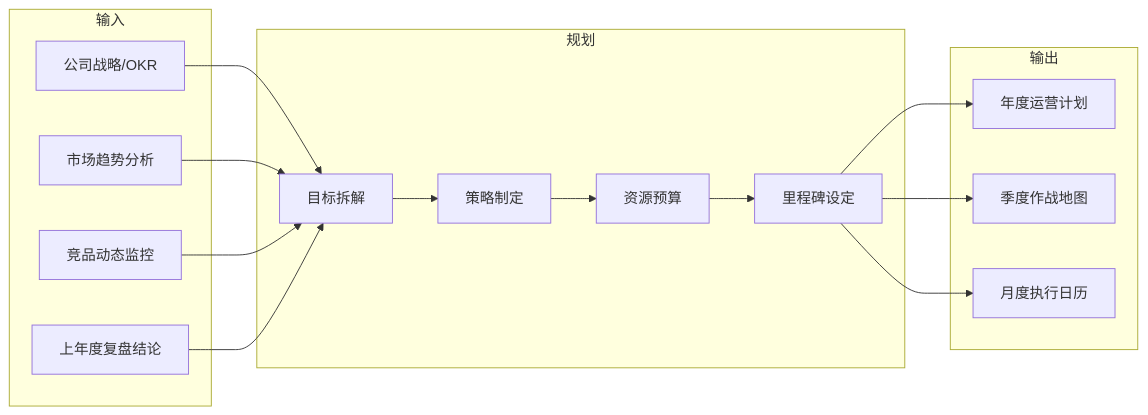
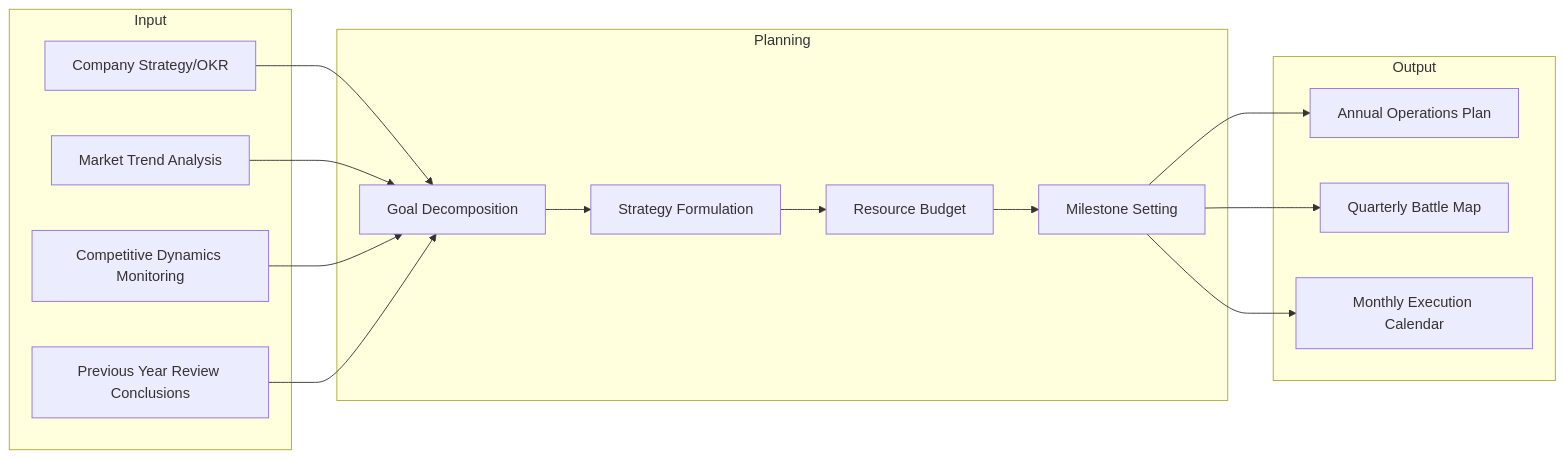
One commit to Kirky-X/cangjie changed the second of 9 diagrams in templates/产品/运营层/【模板】运营手册.md. Above: the diagram before and after it, drawn with Mermaid. The commit also changed other lines of this file and 60 other files, not shown here.

````diff
--- a/templates/产品/运营层/【模板】运营手册.md
+++ b/templates/产品/运营层/【模板】运营手册.md
@@ -89,31 +89,31 @@
 ```mermaid
 flowchart LR
-    subgraph 输入
-        I1[公司战略/OKR]
-        I2[市场趋势分析]
-        I3[竞品动态监控]
-        I4[上年度复盘结论]
+    subgraph Input
+        I1[Company Strategy/OKR]
+        I2[Market Trend Analysis]
+        I3[Competitive Dynamics Monitoring]
+        I4[Previous Year Review Conclusions]
     end
 
-    subgraph 规划
-        P1[目标拆解]
-        P2[策略制定]
-        P3[资源预算]
-        P4[里程碑设定]
+    subgraph Planning
+        P1[Goal Decomposition]
+        P2[Strategy Formulation]
+        P3[Resource Budget]
+        P4[Milestone Setting]
     end
 
-    subgraph 输出
-        O1[年度运营计划]
-        O2[季度作战地图]
-        O3[月度执行日历]
+    subgraph Output
+        O1[Annual Operations Plan]
+        O2[Quarterly Battle Map]
+        O3[Monthly Execution Calendar]
     end
 
     I1 --> P1
     I2 --> P1
     I3 --> P1
     I4 --> P1
     P1 --> P2 --> P3 --> P4
     P4 --> O1
     P4 --> O2
     P4 --> O3
 ```
````
